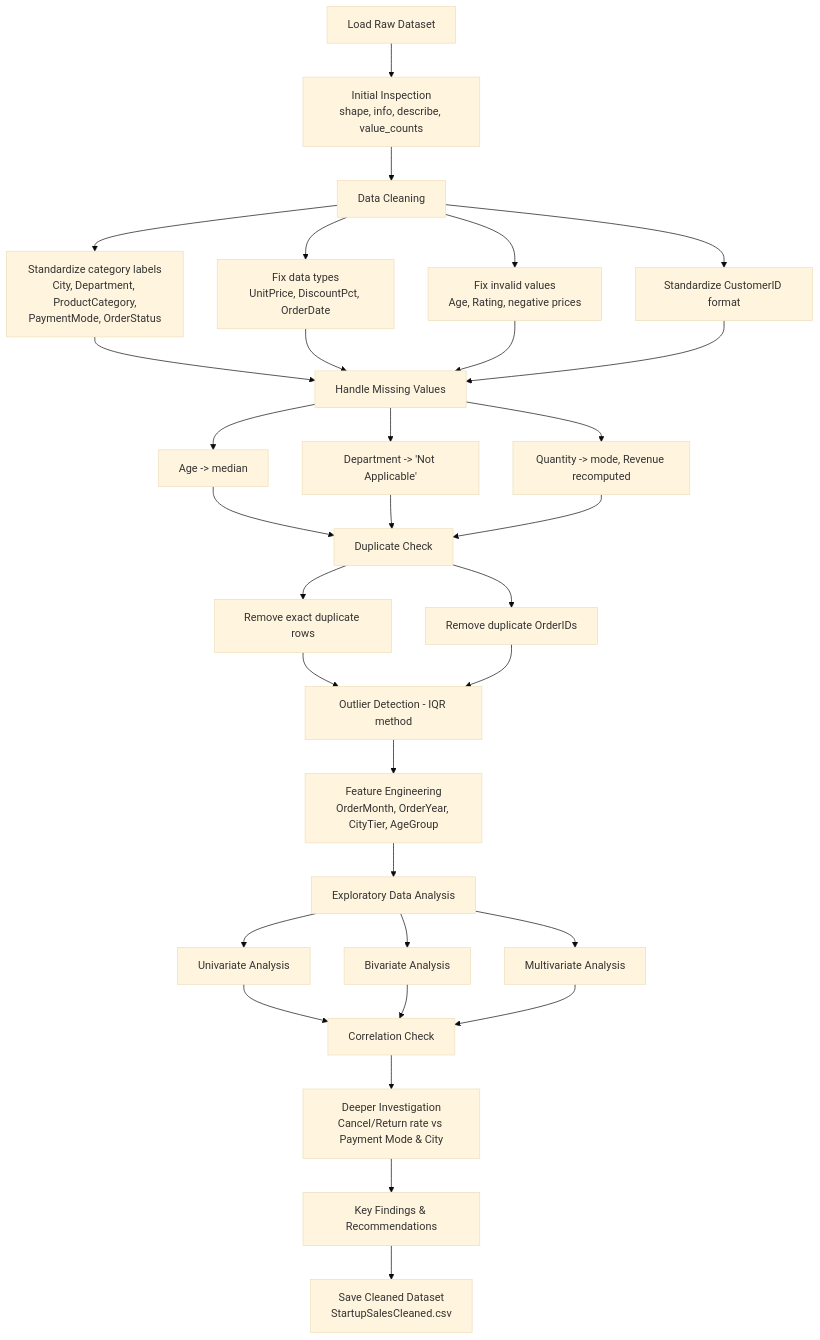
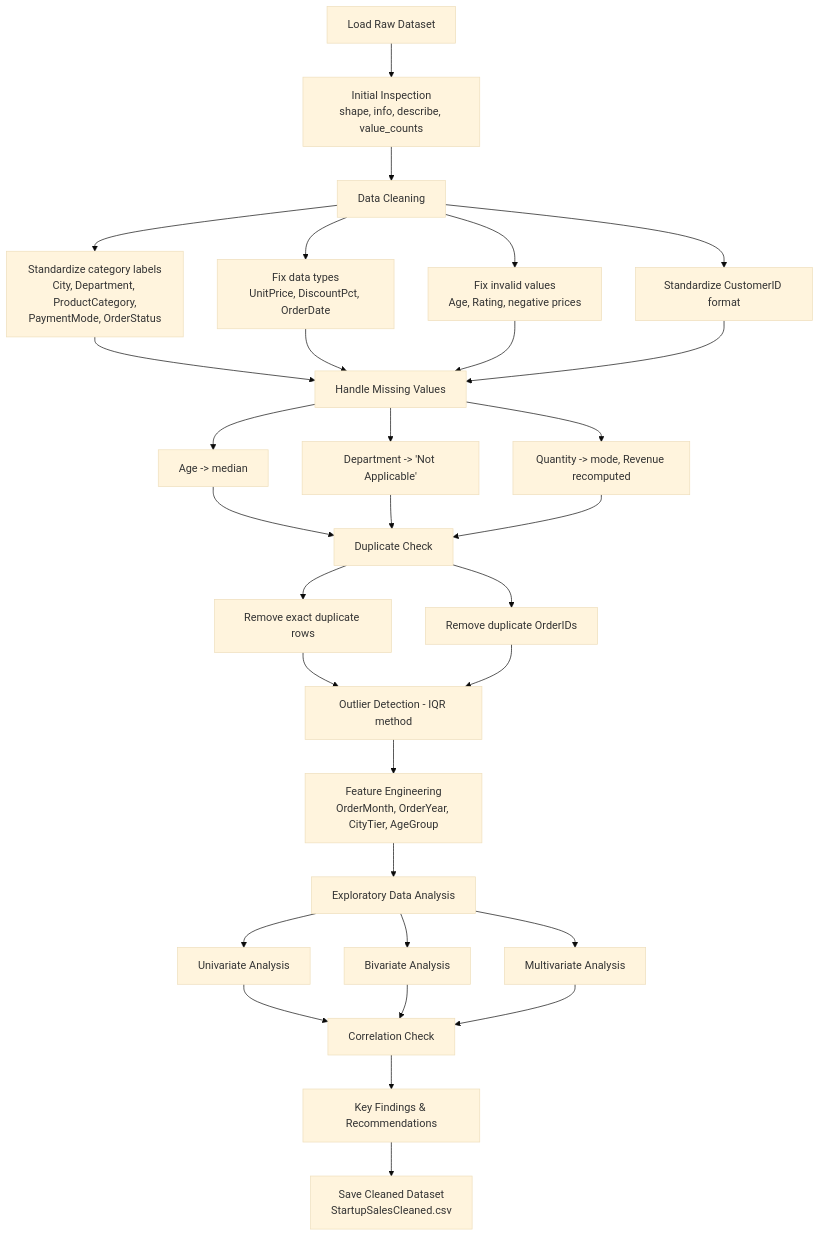
The diagram in README.md (ankkona/Messy-Startup-Sales-Analysis), drawn with Mermaid (base theme) before and after one commit.

Commit message:
Update flowchart in README with key findings

````diff
--- a/README.md
+++ b/README.md
@@ -15,34 +15,33 @@
 ```mermaid
 flowchart TD
     A[Load Raw Dataset] --> B[Initial Inspection<br/>shape, info, describe, value_counts]
     B --> C[Data Cleaning]
     C --> C1[Standardize category labels<br/>City, Department, ProductCategory,<br/>PaymentMode, OrderStatus]
     C --> C2[Fix data types<br/>UnitPrice, DiscountPct, OrderDate]
     C --> C3[Fix invalid values<br/>Age, Rating, negative prices]
     C --> C4[Standardize CustomerID format]
     C1 --> D[Handle Missing Values]
     C2 --> D
     C3 --> D
     C4 --> D
     D --> D1[Age -> median]
     D --> D2[Department -> 'Not Applicable']
     D --> D3[Quantity -> mode, Revenue recomputed]
     D1 --> E[Duplicate Check]
     D2 --> E
     D3 --> E
     E --> E1[Remove exact duplicate rows]
     E --> E2[Remove duplicate OrderIDs]
     E1 --> F[Outlier Detection - IQR method]
     E2 --> F
     F --> G[Feature Engineering<br/>OrderMonth, OrderYear, CityTier, AgeGroup]
     G --> H[Exploratory Data Analysis]
     H --> H1[Univariate Analysis]
     H --> H2[Bivariate Analysis]
     H --> H3[Multivariate Analysis]
     H1 --> I[Correlation Check]
     H2 --> I
     H3 --> I
-    I --> J[Deeper Investigation<br/>Cancel/Return rate vs Payment Mode & City]
-    J --> K[Key Findings & Recommendations]
-    K --> L[Save Cleaned Dataset<br/>StartupSalesCleaned.csv]
+    I --> J[Key Findings & Recommendations]
+    J --> K[Save Cleaned Dataset<br/>StartupSalesCleaned.csv]
 ```
````
